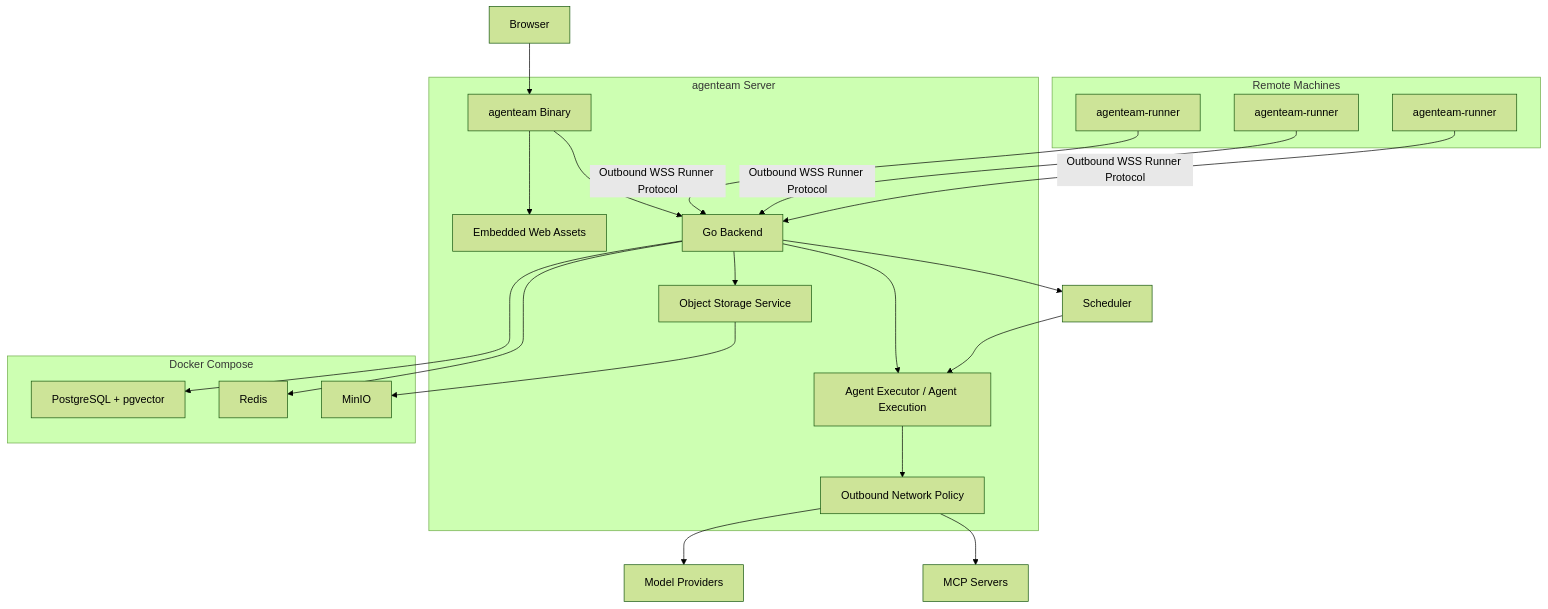
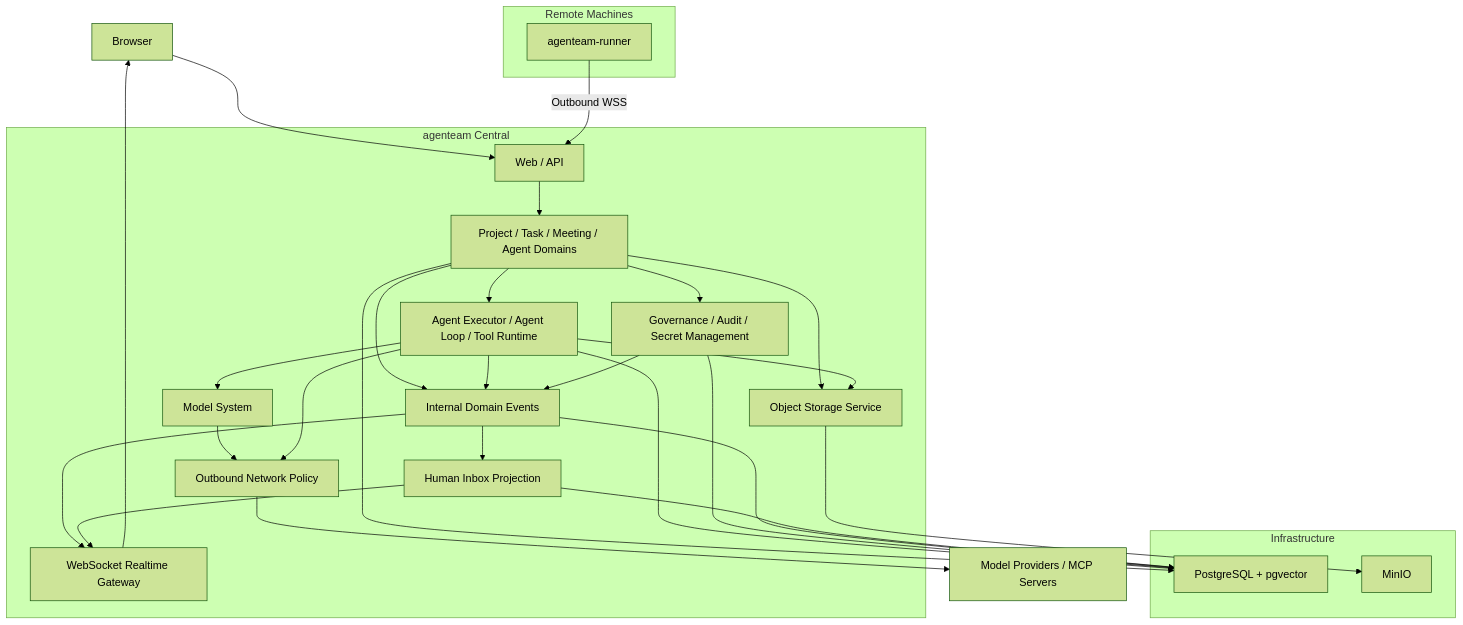
The diagram in docs/architecture/platform-infrastructure/README.md (LunaDeerTech/agenteam), drawn with Mermaid (forest theme) before and after one commit. The commit also changed other lines of this file and 25 other files, not shown here.

Commit message:
docs: refine platform infrastructure architecture

````diff
--- a/docs/architecture/platform-infrastructure/README.md
+++ b/docs/architecture/platform-infrastructure/README.md
@@ -504,50 +35,60 @@
-```mermaid
+~~~mermaid
 flowchart TB
     Browser["Browser"]
 
-    subgraph Main["agenteam Server"]
-        Binary["agenteam Binary"]
-        Frontend["Embedded Web Assets"]
-        API["Go Backend"]
-            Executor["Agent Executor / Agent Execution"]
-        ObjectStorage["Object Storage Service"]
+    subgraph Central["agenteam Central"]
+        API["Web / API"]
+        Domain["Project / Task / Meeting / Agent Domains"]
+        Executor["Agent Executor / Agent Loop / Tool Runtime"]
+        Models["Model System"]
+        Governance["Governance / Audit / Secret Management"]
+        Events["Internal Domain Events"]
+        Realtime["WebSocket Realtime Gateway"]
+        Inbox["Human Inbox Projection"]
+        Objects["Object Storage Service"]
         Outbound["Outbound Network Policy"]
+
+        API --> Domain
+        Domain --> Executor
+        Executor --> Models
+        Domain --> Governance
+
+        Domain --> Events
+        Executor --> Events
+        Governance --> Events
+
+        Events --> Inbox
+        Events --> Realtime
+        Inbox --> Realtime
+
+        Domain --> Objects
+        Executor --> Objects
+
+        Models --> Outbound
+        Executor --> Outbound
     end
 
-    subgraph Infra["Docker Compose"]
+    subgraph Storage["Infrastructure"]
         PG["PostgreSQL + pgvector"]
-        Redis["Redis"]
         MinIO["MinIO"]
     end
 
     subgraph Remote["Remote Machines"]
-        Runner1["agenteam-runner"]
-        Runner2["agenteam-runner"]
-        RunnerN["agenteam-runner"]
+        Runner["agenteam-runner"]
     end
 
-    Providers["Model Providers"]
-    MCP["MCP Servers"]
+    External["Model Providers / MCP Servers"]
 
-    Browser --> Binary
+    Browser --> API
+    Realtime --> Browser
 
-    Binary --> Frontend
-    Binary --> API
+    Domain --> PG
+    Executor --> PG
+    Governance --> PG
+    Events --> PG
+    Inbox --> PG
+    Objects --> MinIO
 
-    API --> Scheduler
-    API --> Executor
-    Scheduler --> Executor
-
-    API --> PG
-    API --> Redis
-    API --> ObjectStorage
-    ObjectStorage --> MinIO
-
-    Executor --> Outbound
-    Outbound --> Providers
-    Outbound --> MCP
-
-    Runner1 -->|Outbound WSS Runner Protocol| API
-    Runner2 -->|Outbound WSS Runner Protocol| API
-    RunnerN -->|Outbound WSS Runner Protocol| API
-```
+    Runner -->|Outbound WSS| API
+    Outbound --> External
+~~~
````
